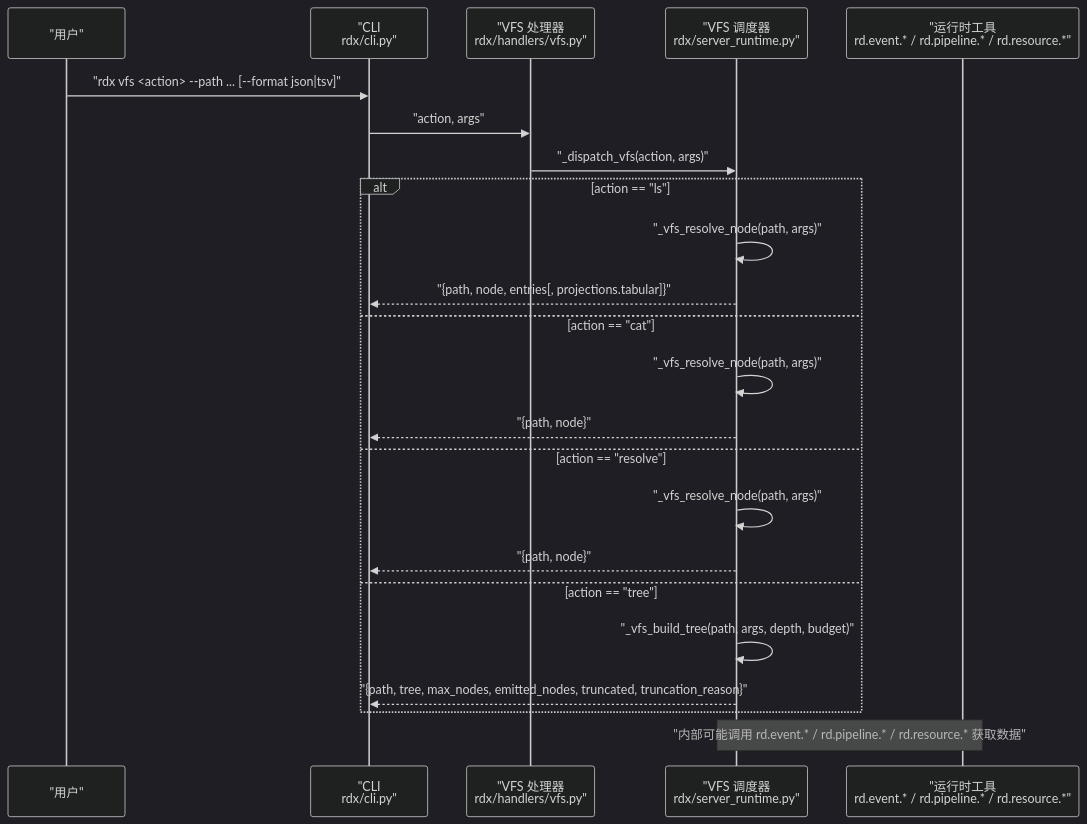
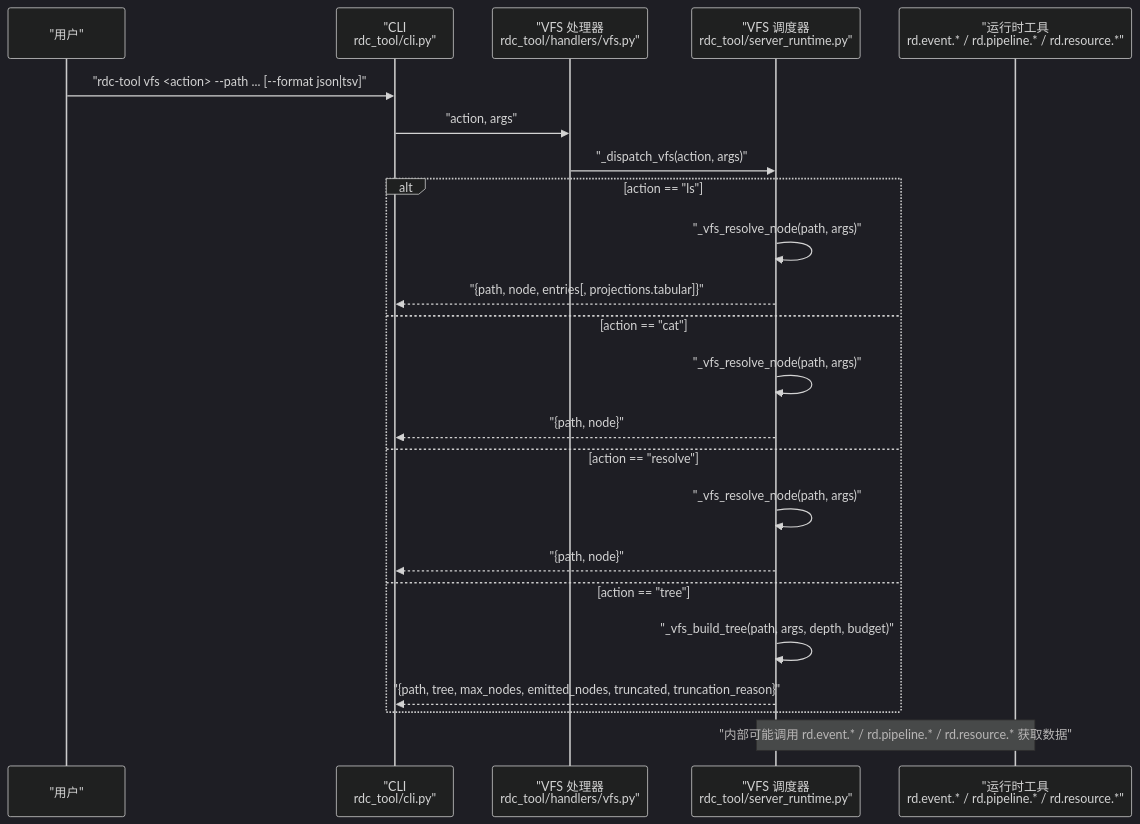
The second of 8 diagrams in .qoder/repowiki/zh/content/CLI参考手册/虚拟文件系统命令.md (haolange/RDC-Tool), drawn with Mermaid (dark theme) before and after one commit. The commit also changed other lines of this file and 388 other files, not shown here.

First line of the commit message:
Release RDC-Tool identity and public maintenance surface

````diff
--- a/.qoder/repowiki/zh/content/CLI参考手册/虚拟文件系统命令.md
+++ b/.qoder/repowiki/zh/content/CLI参考手册/虚拟文件系统命令.md
@@ -79,25 +79,25 @@
 ```mermaid
 sequenceDiagram
 participant U as "用户"
-participant CLI as "CLI<br/>rdx/cli.py"
-participant H as "VFS 处理器<br/>rdx/handlers/vfs.py"
-participant S as "VFS 调度器<br/>rdx/server_runtime.py"
+participant CLI as "CLI<br/>rdc_tool/cli.py"
+participant H as "VFS 处理器<br/>rdc_tool/handlers/vfs.py"
+participant S as "VFS 调度器<br/>rdc_tool/server_runtime.py"
 participant R as "运行时工具<br/>rd.event.* / rd.pipeline.* / rd.resource.*"
-U->>CLI : "rdx vfs <action> --path ... [--format json|tsv]"
+U->>CLI : "rdc-tool vfs <action> --path ... [--format json|tsv]"
 CLI->>H : "action, args"
 H->>S : "_dispatch_vfs(action, args)"
 alt action == "ls"
 S->>S : "_vfs_resolve_node(path, args)"
 S-->>CLI : "{path, node, entries[, projections.tabular]}"
 else action == "cat"
 S->>S : "_vfs_resolve_node(path, args)"
 S-->>CLI : "{path, node}"
 else action == "resolve"
 S->>S : "_vfs_resolve_node(path, args)"
 S-->>CLI : "{path, node}"
 else action == "tree"
 S->>S : "_vfs_build_tree(path, args, depth, budget)"
 S-->>CLI : "{path, tree, max_nodes, emitted_nodes, truncated, truncation_reason}"
 end
 Note over S,R : "内部可能调用 rd.event.* / rd.pipeline.* / rd.resource.* 获取数据"
 ```
````
